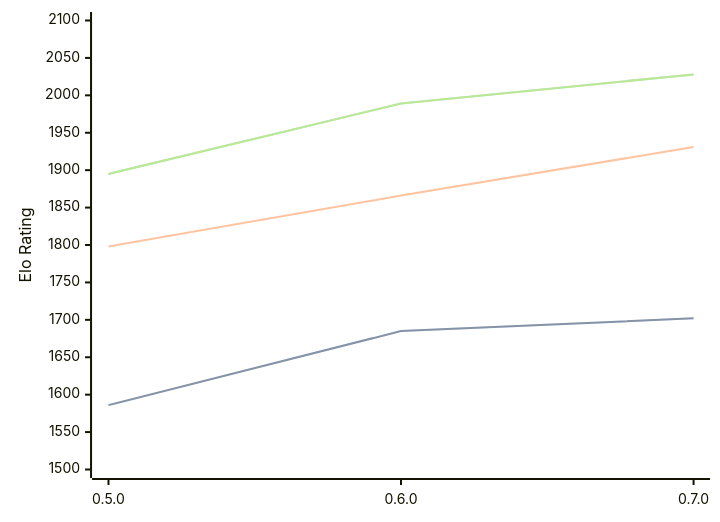
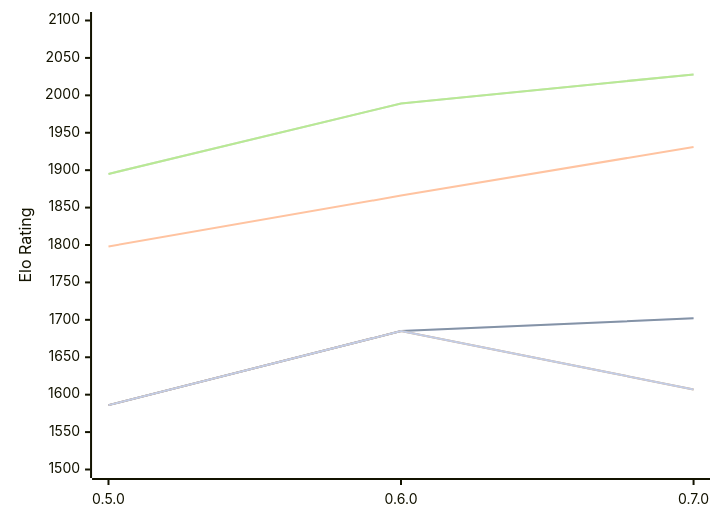
One commit to computer-chess-index/cci changed the diagram in engines/Chess-rs.md. Above: the diagram before and after it, drawn with Mermaid. The commit also changed other lines of this file, not shown here.

Commit message:
Update CCI Ratings (ELO VLTC) - 2026-10-11

````diff
--- a/engines/Chess-rs.md
+++ b/engines/Chess-rs.md
@@ -49,16 +49,13 @@
 ```mermaid
 %%{init: {"theme":"base","themeVariables":{"seriesColors:['#a3a3a3','#222221','#faa371']}}}%%
 xychart-beta
   x-axis ["0.5.0", "0.6.0", "0.7.0"]
   y-axis "Elo Rating" 1500 --> 2100
   line "" [1586, 1685, 1702]
   line "T1: STC (8.0+0.08s)" [1586, 1685, 1702]
   line "T1: LTC (60.0+0.60s)" [1798, 1866, 1931]
   line "" [1895, 1989, 2028]
   line "T1: VLTC (2m24s+1.12s)" [1895, 1989, 2028]
-  line "" [1598]
-  line "E1: STC (8.0+0.08s)" [1598]
-  line "E1: LTC (60.0+0.60s)" [1817]
-  line "" [1835]
-  line "E1: VLTC (2m24s+1.12s)" [1835]
+  line "" [1586, 1685,1607]
+  line "E1: STC (8.0+0.08s)" [1586, 1685,1607]
 ```
````
